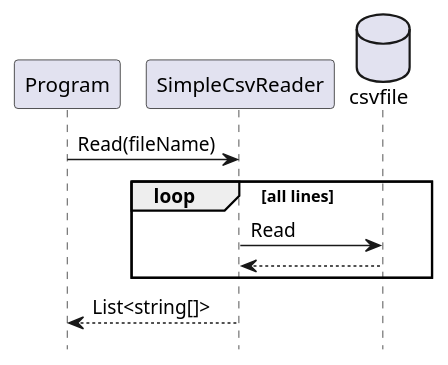
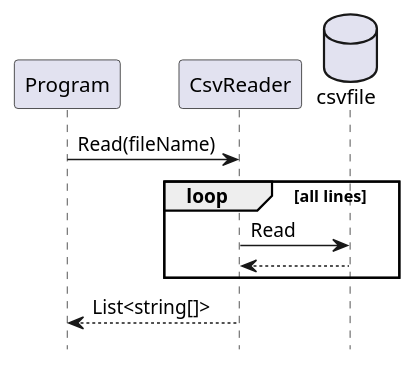
Before and after one commit to cointoss1973/SimpleCsvReader: the second of 2 diagrams in docfx_project/index.md, drawn with PlantUML. The commit also changed 2 other files, not shown here.

Commit message:
docs: fix class name at sequence diagram

````diff
--- a/docfx_project/index.md
+++ b/docfx_project/index.md
@@ -23,15 +23,15 @@
 ```plantuml
 @startuml
 skinparam shadowing false
 hide footbox
 participant Program as User
-participant SimpleCsvReader
+participant CsvReader as reader
 database csvfile
-User -> SimpleCsvReader : Read(fileName)
+User -> reader : Read(fileName)
 loop all lines 
-SimpleCsvReader -> csvfile : Read
-SimpleCsvReader <-- csvfile
+reader -> csvfile : Read
+reader <-- csvfile
 end
-User <-- SimpleCsvReader : List<string[]>
+User <-- reader : List<string[]>
 @enduml
 ```
````
